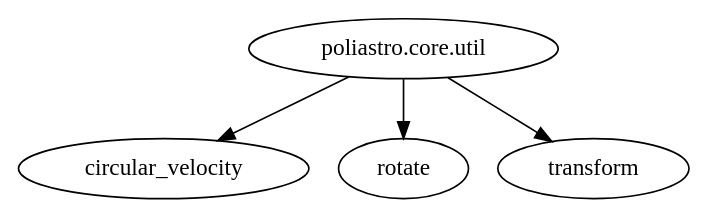
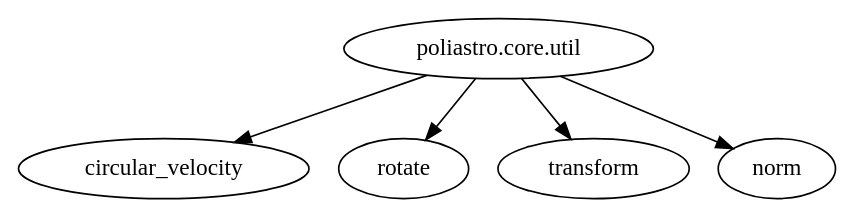
Before and after one commit to poliastro/poliastro: the diagram in docs/source/api/core/util.rst, drawn with Graphviz. The commit also changed 12 other files, not shown here.

```diff
--- a/docs/source/api/core/util.rst
+++ b/docs/source/api/core/util.rst
@@ -4,5 +4,5 @@
 .. graphviz::
 
    digraph {
-      "poliastro.core.util" -> "circular_velocity", "rotate", "transform" ;
+      "poliastro.core.util" -> "circular_velocity", "rotate", "transform", "norm" ;
    }
```
